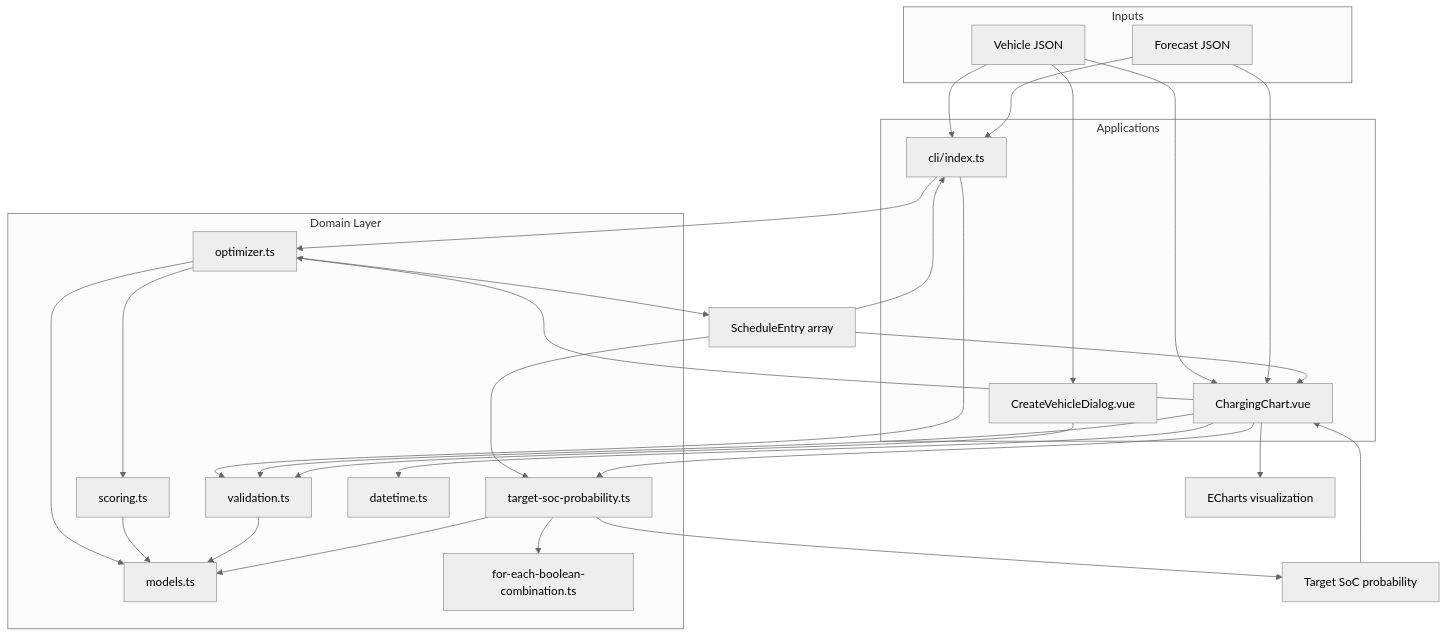
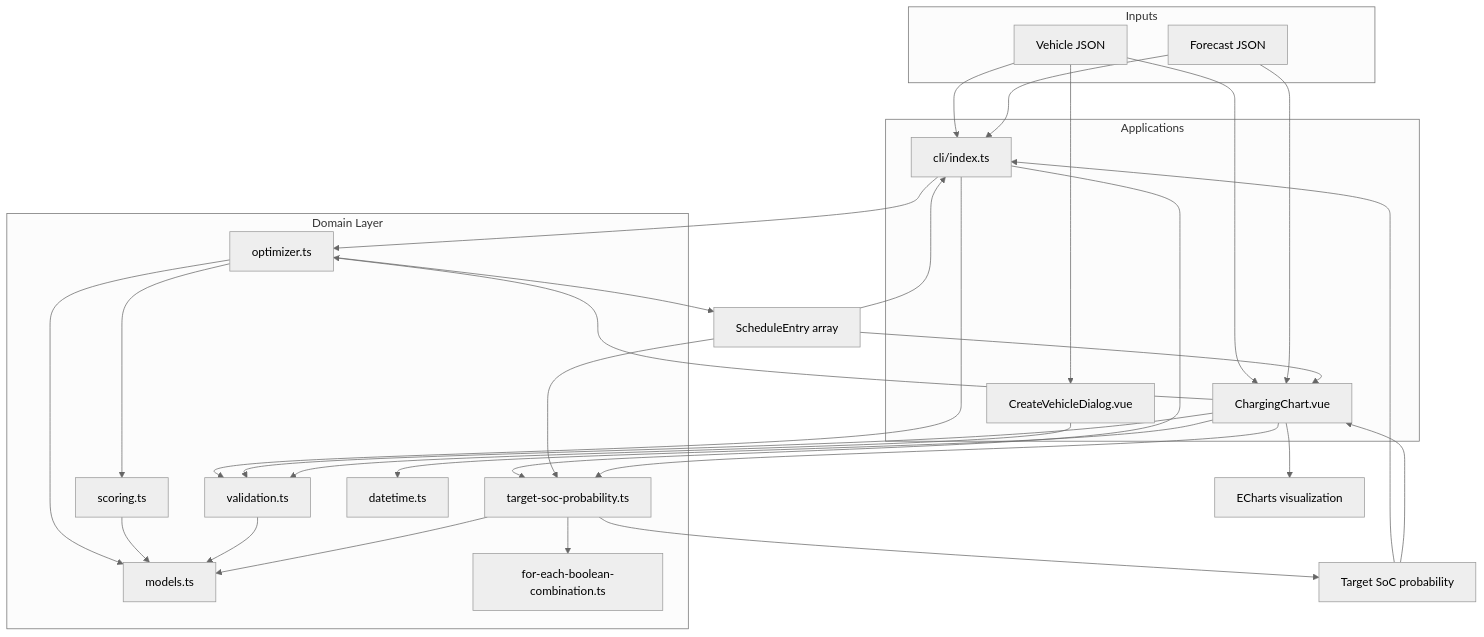
One commit to maitrux/ev-charging-optimizer changed the first of 2 diagrams in README.md. Above: the diagram before and after it, drawn with Mermaid (neutral theme). The commit also changed other lines of this file and 1 other file, not shown here.

Commit message:
add description on how to run the cli in verbose mode

````diff
--- a/README.md
+++ b/README.md
@@ -58,55 +58,57 @@
 ```mermaid
 flowchart TB
   subgraph inputs [Inputs]
     V[Vehicle JSON]
     F[Forecast JSON]
   end
 
   subgraph domain [Domain Layer]
     M[models.ts]
     VAL[validation.ts]
     S[scoring.ts]
     O[optimizer.ts]
     FB[for-each-boolean-combination.ts]
     PROB[target-soc-probability.ts]
     DT[datetime.ts]
   end
 
   subgraph apps [Applications]
     CLI[cli/index.ts]
     UI[ChargingChart.vue]
     DIALOG[CreateVehicleDialog.vue]
   end
 
   V --> CLI
   F --> CLI
   V --> UI
   F --> UI
   V --> DIALOG
 
   CLI --> VAL
   UI --> VAL
   DIALOG --> VAL
 
   CLI --> O
   UI --> O
 
   O --> S
   O --> M
   S --> M
   VAL --> M
 
   O --> SCHED[ScheduleEntry array]
   SCHED --> CLI
   SCHED --> UI
 
+  CLI --> PROB
   SCHED --> PROB
   UI --> PROB
   PROB --> FB
   PROB --> M
   PROB --> PCT[Target SoC probability]
+  PCT --> CLI
   PCT --> UI
 
   UI --> DT
   UI --> CHART[ECharts visualization]
 ```
````
